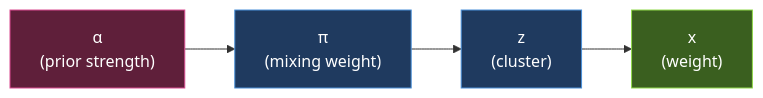
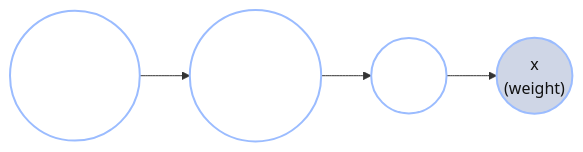
Before and after one commit to josephausterweil/probintro: the second of 3 diagrams in content/intro2/08_bayes_nets.md, drawn with Mermaid. The commit also changed other lines of this file and 3 other files, not shown here.

````diff
--- a/content/intro2/08_bayes_nets.md
+++ b/content/intro2/08_bayes_nets.md
@@ -98,10 +100,10 @@
 ```mermaid
 graph LR
-    A["α<br/>(prior strength)"] --> P["π<br/>(mixing weight)"]
-    P --> Z["z<br/>(cluster)"]
-    Z --> X["x<br/>(weight)"]
-    style A fill:#5f1f3a,stroke:#d94a90,color:#fff
-    style P fill:#1f3a5f,stroke:#4a90d9,color:#fff
-    style Z fill:#1f3a5f,stroke:#4a90d9,color:#fff
-    style X fill:#3a5f1f,stroke:#90d94a,color:#fff
+    A(("α<br/>(prior strength)")) --> P(("π<br/>(mixing weight)"))
+    P --> Z(("z<br/>(cluster)"))
+    Z --> X(("x<br/>(weight)"))
+    classDef hidden fill:none,stroke:#9bbcff,stroke-width:2px,color:#fff
+    classDef observed fill:#cfd6e6,stroke:#9bbcff,stroke-width:2px,color:#111
+    class A,P,Z hidden
+    class X observed
 ```
````
